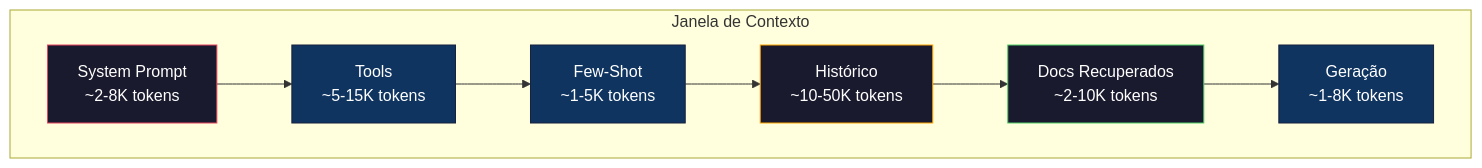
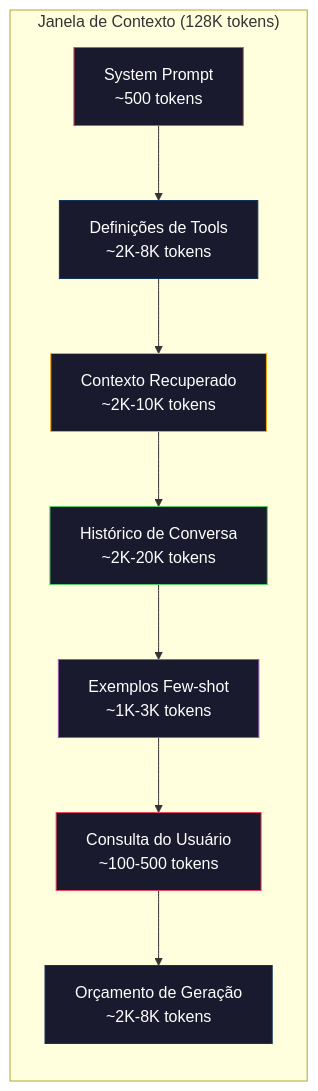
Before and after one commit to K3lvin-dev/ai-engineering-from-scratch: the first of 3 diagrams in phases/11-llm-engineering/05-context-engineering/docs/pt-br.md, drawn with Mermaid. The commit also changed other lines of this file and 16 other files, not shown here.

````diff
--- a/phases/11-llm-engineering/05-context-engineering/docs/pt-br.md
+++ b/phases/11-llm-engineering/05-context-engineering/docs/pt-br.md
@@ -35,20 +36,20 @@
 ```mermaid
 graph TD
-    subgraph Window["Janela de Contexto"]
-        S["System Prompt<br/>~2-8K tokens"]
-        T["Tools<br/>~5-15K tokens"]
-        F["Few-Shot<br/>~1-5K tokens"]
-        H["Histórico<br/>~10-50K tokens"]
-        R["Docs Recuperados<br/>~2-10K tokens"]
-        G["Geração<br/>~1-8K tokens"]
+    subgraph Window["Janela de Contexto (128K tokens)"]
+        direction TB
+        S["System Prompt\n~500 tokens"] --> T["Definições de Tools\n~2K-8K tokens"]
+        T --> R["Contexto Recuperado\n~2K-10K tokens"]
+        R --> H["Histórico de Conversa\n~2K-20K tokens"]
+        H --> F["Exemplos Few-shot\n~1K-3K tokens"]
+        F --> Q["Consulta do Usuário\n~100-500 tokens"]
+        Q --> G["Orçamento de Geração\n~2K-8K tokens"]
     end
 
-    S --> T --> F --> H --> R --> G
-
     style S fill:#1a1a2e,stroke:#e94560,color:#fff
-    style T fill:#0f3460,stroke:#16213e,color:#fff
-    style F fill:#0f3460,stroke:#16213e,color:#fff
-    style H fill:#1a1a2e,stroke:#ffa500,color:#fff
-    style R fill:#1a1a2e,stroke:#51cf66,color:#fff
-    style G fill:#0f3460,stroke:#16213e,color:#fff
+    style T fill:#1a1a2e,stroke:#0f3460,color:#fff
+    style R fill:#1a1a2e,stroke:#ffa500,color:#fff
+    style H fill:#1a1a2e,stroke:#51cf66,color:#fff
+    style F fill:#1a1a2e,stroke:#9b59b6,color:#fff
+    style Q fill:#1a1a2e,stroke:#e94560,color:#fff
+    style G fill:#1a1a2e,stroke:#0f3460,color:#fff
 ```
````
